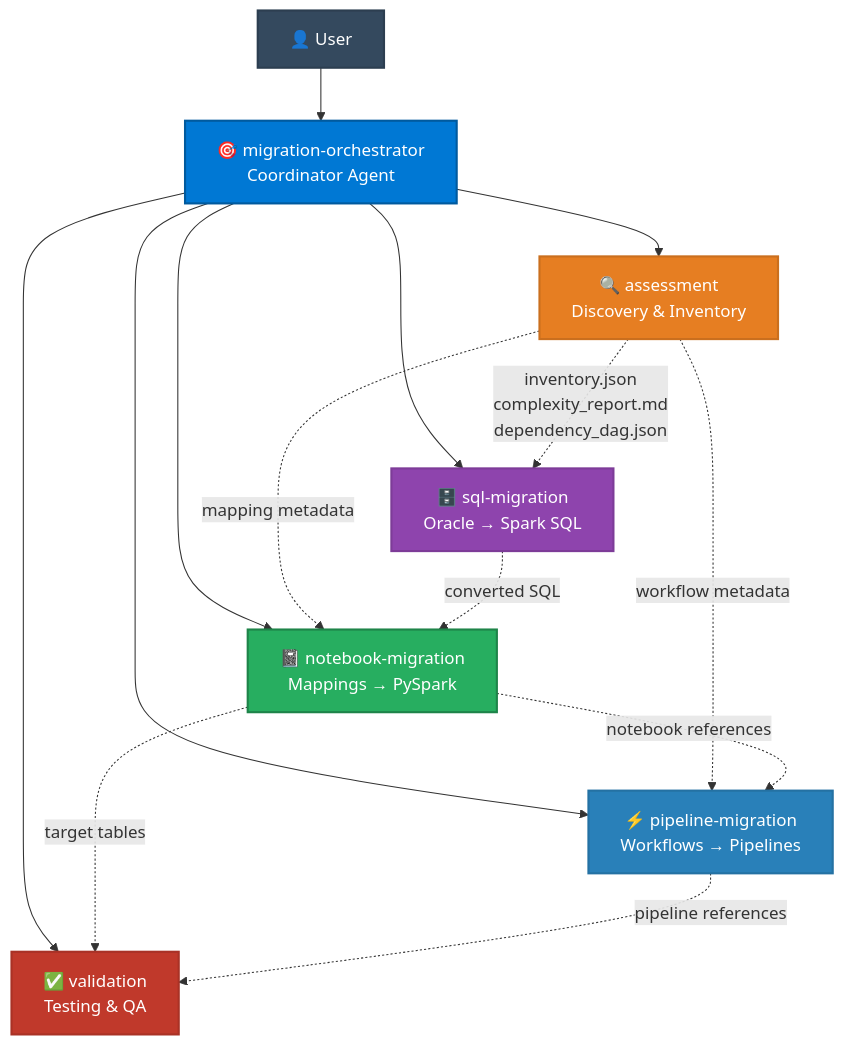
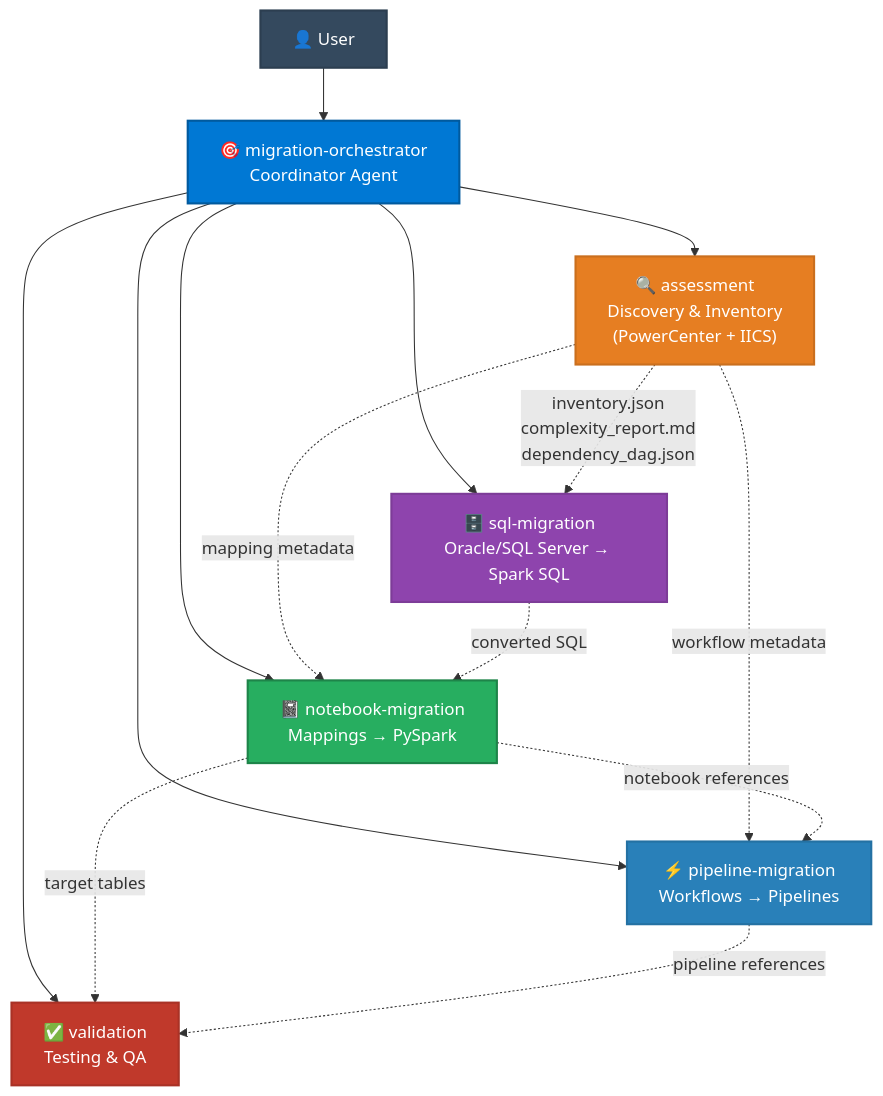
One commit to cyphou/InformaticaToFabric changed the first of 4 diagrams in AGENTS.md. Above: the diagram before and after it, drawn with Mermaid. The commit also changed other lines of this file and 13 other files, not shown here.

````diff
--- a/AGENTS.md
+++ b/AGENTS.md
@@ -18,26 +20,26 @@
 ```mermaid
 flowchart TB
     USER["👤 User"] --> ORCH
     ORCH["🎯 migration-orchestrator\nCoordinator Agent"]
-    ORCH --> ASS["🔍 assessment\nDiscovery & Inventory"]
-    ORCH --> SQL["🗄️ sql-migration\nOracle → Spark SQL"]
+    ORCH --> ASS["🔍 assessment\nDiscovery & Inventory\n(PowerCenter + IICS)"]
+    ORCH --> SQL["🗄️ sql-migration\nOracle/SQL Server → Spark SQL"]
     ORCH --> NB["📓 notebook-migration\nMappings → PySpark"]
     ORCH --> PL["⚡ pipeline-migration\nWorkflows → Pipelines"]
     ORCH --> VAL["✅ validation\nTesting & QA"]
 
     ASS -.->|inventory.json\ncomplexity_report.md\ndependency_dag.json| SQL
     ASS -.->|mapping metadata| NB
     ASS -.->|workflow metadata| PL
     SQL -.->|converted SQL| NB
     NB -.->|notebook references| PL
     NB -.->|target tables| VAL
     PL -.->|pipeline references| VAL
 
     style ORCH fill:#0078D4,color:#fff,stroke:#005A9E,stroke-width:2px
     style ASS fill:#E67E22,color:#fff,stroke:#CA6F1E,stroke-width:2px
     style SQL fill:#8E44AD,color:#fff,stroke:#7D3C98,stroke-width:2px
     style NB fill:#27AE60,color:#fff,stroke:#1E8449,stroke-width:2px
     style PL fill:#2980B9,color:#fff,stroke:#2471A3,stroke-width:2px
     style VAL fill:#C0392B,color:#fff,stroke:#A93226,stroke-width:2px
     style USER fill:#34495E,color:#fff,stroke:#2C3E50,stroke-width:2px
 ```
````
